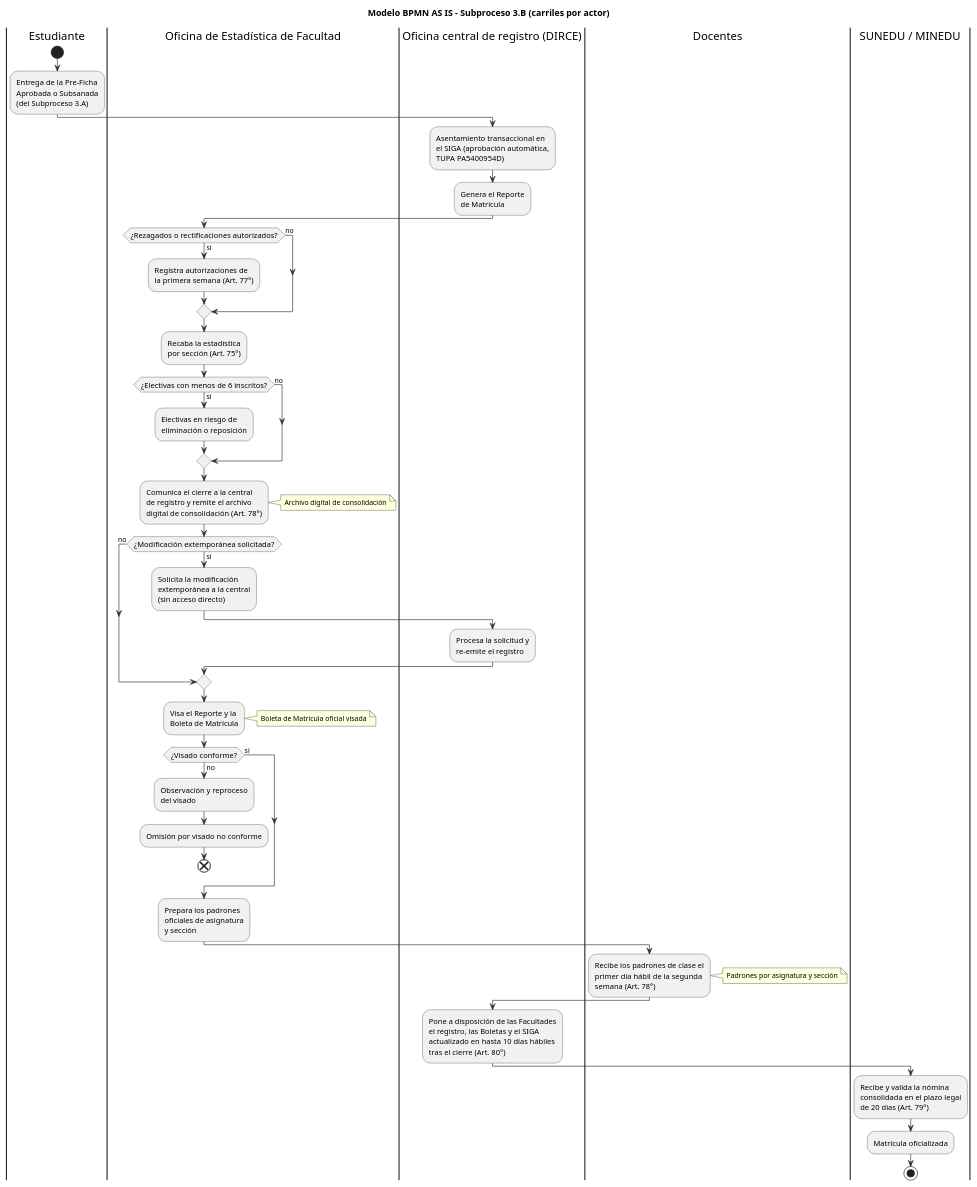
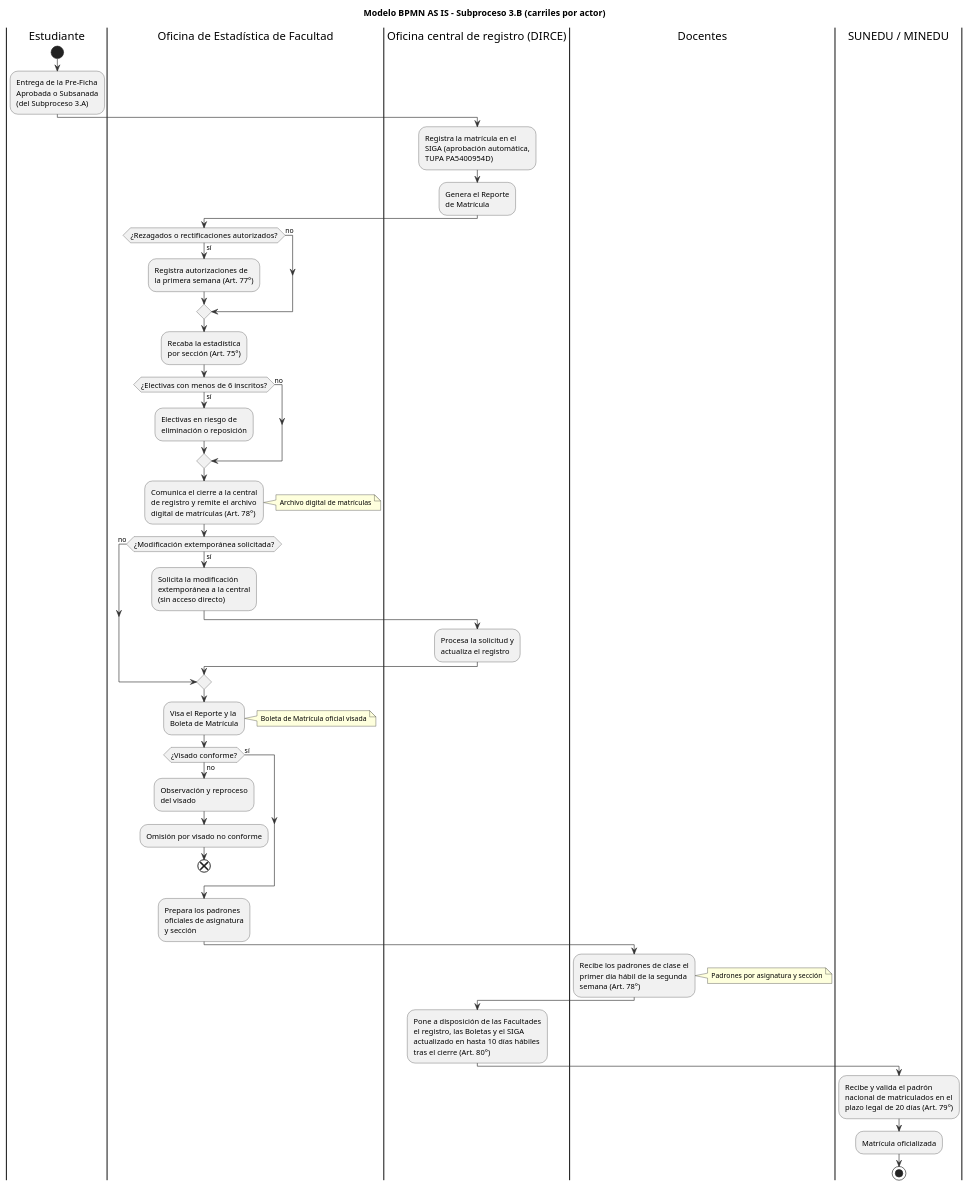
Before and after one commit to AldoLunaBueno/cc0f6_topicos_procesos_grupo: the diagram in trabajo_grupal/diagramas/asis_subproceso_3b_bpmn.puml, drawn with PlantUML. The commit also changed 6 other files, not shown here.

```diff
--- a/trabajo_grupal/diagramas/asis_subproceso_3b_bpmn.puml
+++ b/trabajo_grupal/diagramas/asis_subproceso_3b_bpmn.puml
@@ -1,87 +1,87 @@
 @startuml asis_subproceso_3b_bpmn
 title Modelo BPMN AS IS - Subproceso 3.B (carriles por actor)
 skinparam backgroundColor #FFFFFF
 skinparam shadowing false
 skinparam ArrowColor #333333
 skinparam ActivityBorderColor #333333
 skinparam ConditionEndStyle diamond
 skinparam dpi 100
 skinparam ActivityFontSize 12
 skinparam NoteFontSize 11
 
 |Estudiante|
 |Oficina de Estadística de Facultad|
 |Oficina central de registro (DIRCE)|
 |Docentes|
 |SUNEDU / MINEDU|
 
 |Estudiante|
 start
 :Entrega de la Pre-Ficha
 Aprobada o Subsanada
 (del Subproceso 3.A);
 
 |Oficina central de registro (DIRCE)|
-:Asentamiento transaccional en
-el SIGA (aprobación automática,
+:Registra la matrícula en el
+SIGA (aprobación automática,
 TUPA PA5400954D);
 :Genera el Reporte
 de Matrícula;
 
 |Oficina de Estadística de Facultad|
 if (¿Rezagados o rectificaciones autorizados?) then (sí)
   :Registra autorizaciones de
   la primera semana (Art. 77°);
 else (no)
 endif
 :Recaba la estadística
 por sección (Art. 75°);
 if (¿Electivas con menos de 6 inscritos?) then (sí)
   :Electivas en riesgo de
   eliminación o reposición;
 else (no)
 endif
 :Comunica el cierre a la central
 de registro y remite el archivo
-digital de consolidación (Art. 78°);
-note right: Archivo digital de consolidación
+digital de matrículas (Art. 78°);
+note right: Archivo digital de matrículas
 if (¿Modificación extemporánea solicitada?) then (sí)
   :Solicita la modificación
   extemporánea a la central
   (sin acceso directo);
   |Oficina central de registro (DIRCE)|
   :Procesa la solicitud y
-  re-emite el registro;
+  actualiza el registro;
 else (no)
 endif
 |Oficina de Estadística de Facultad|
 :Visa el Reporte y la
 Boleta de Matrícula;
 note right: Boleta de Matrícula oficial visada
 if (¿Visado conforme?) then (sí)
 else (no)
   :Observación y reproceso
   del visado;
   :Omisión por visado no conforme;
   end
 endif
 :Prepara los padrones
 oficiales de asignatura
 y sección;
 |Docentes|
 :Recibe los padrones de clase el
 primer día hábil de la segunda
 semana (Art. 78°);
 note right: Padrones por asignatura y sección
 |Oficina central de registro (DIRCE)|
 :Pone a disposición de las Facultades
 el registro, las Boletas y el SIGA
 actualizado en hasta 10 días hábiles
 tras el cierre (Art. 80°);
 |SUNEDU / MINEDU|
-:Recibe y valida la nómina
-consolidada en el plazo legal
-de 20 días (Art. 79°);
+:Recibe y valida el padrón
+nacional de matriculados en el
+plazo legal de 20 días (Art. 79°);
 :Matrícula oficializada;
 stop
 @enduml
```
